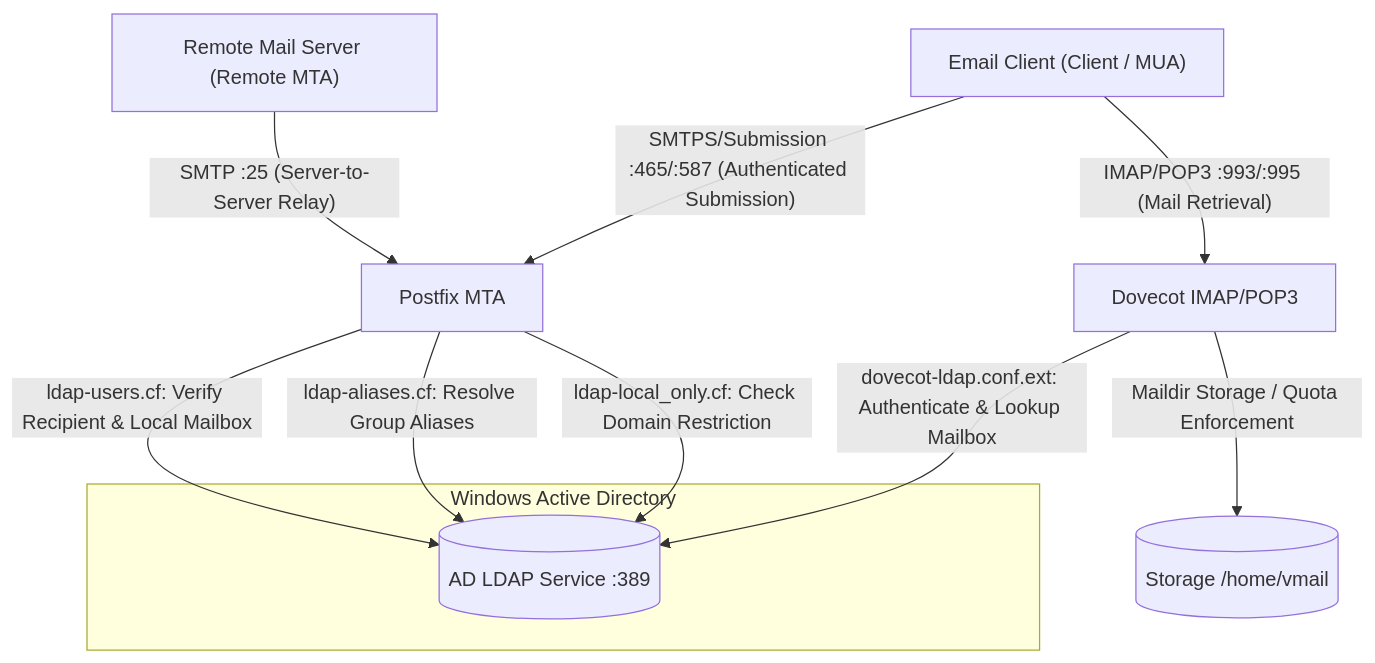
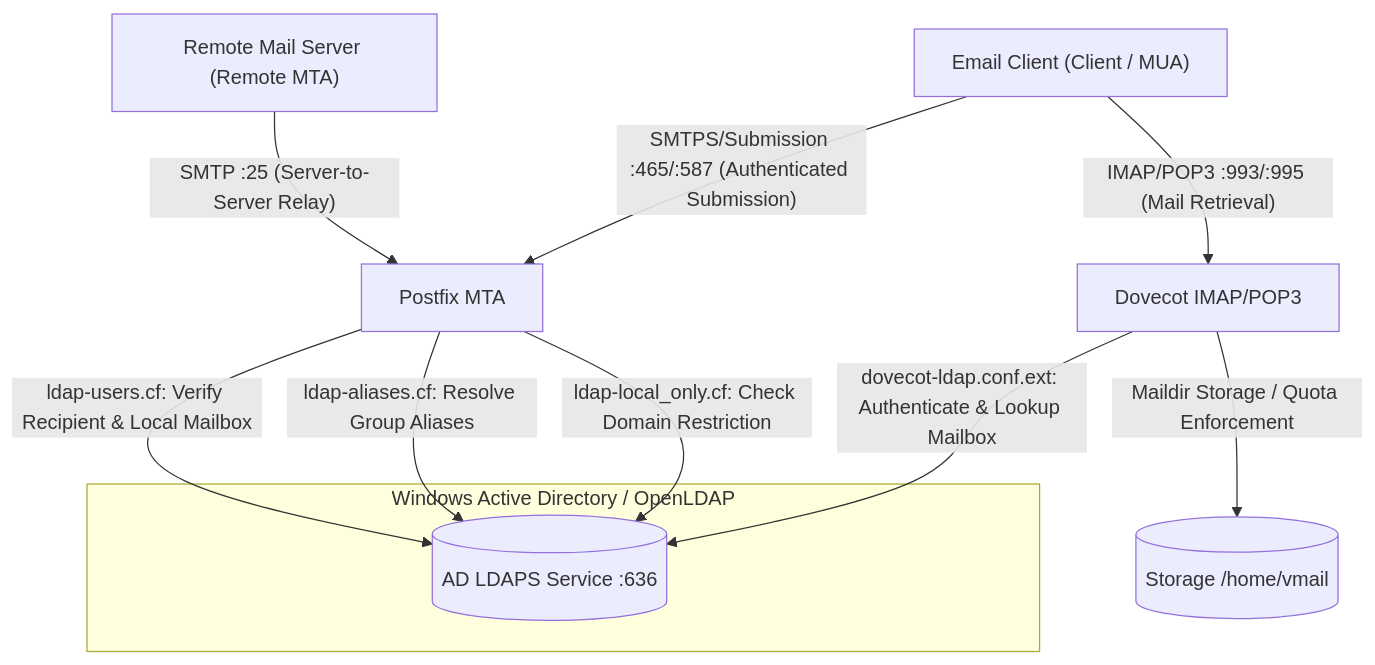
Before and after one commit to WilliamFromTW/docker-Postfix-AD: the first of 4 diagrams in ARCHITECTURE.md, drawn with Mermaid. The commit also changed other lines of this file and 16 other files, not shown here.

Commit message:
feat(ldap): upgrade all LDAP connections to LDAPS Port 636 with TLS

````diff
--- a/ARCHITECTURE.md
+++ b/ARCHITECTURE.md
@@ -21,16 +21,16 @@
 ```mermaid
 graph TD
     RemoteMTA["Remote Mail Server (Remote MTA)"] -->|"SMTP :25 (Server-to-Server Relay)"| Postfix["Postfix MTA"]
     Client["Email Client (Client / MUA)"] -->|"SMTPS/Submission :465/:587 (Authenticated Submission)"| Postfix
     Client -->|"IMAP/POP3 :993/:995 (Mail Retrieval)"| Dovecot["Dovecot IMAP/POP3"]
     
-    subgraph AD_DC ["Windows Active Directory"]
-        AD[("AD LDAP Service :389")]
+    subgraph AD_DC ["Windows Active Directory / OpenLDAP"]
+        AD[("AD LDAPS Service :636")]
     end
 
     Postfix -->|ldap-users.cf: Verify Recipient & Local Mailbox| AD
     Postfix -->|ldap-aliases.cf: Resolve Group Aliases| AD
     Postfix -->|ldap-local_only.cf: Check Domain Restriction| AD
     Dovecot -->|dovecot-ldap.conf.ext: Authenticate & Lookup Mailbox| AD
     Dovecot -->|Maildir Storage / Quota Enforcement| VMail[("Storage /home/vmail")]
 ```
````
